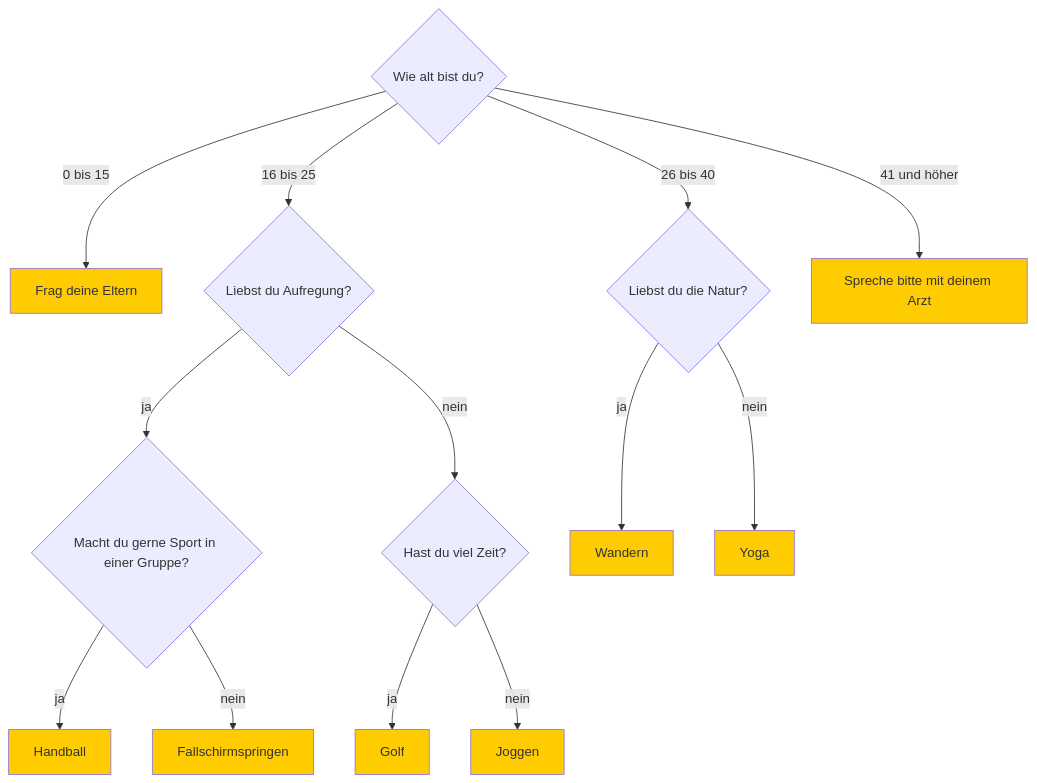
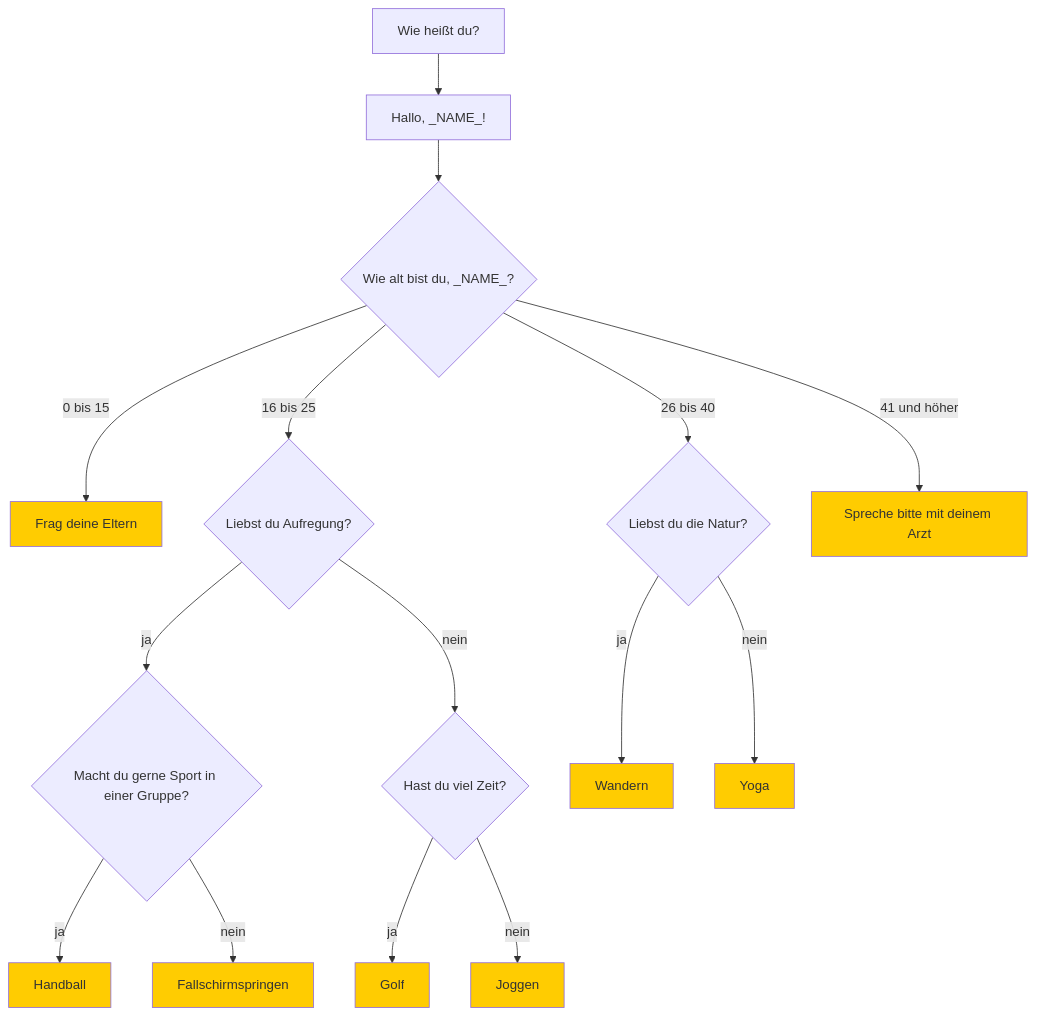
The diagram in submissions/bht_pr1_submission_02/README.md (JaL11/pr1), drawn with Mermaid before and after one commit. The commit also changed other lines of this file, not shown here.

Commit message:
corrected graph

````diff
--- a/submissions/bht_pr1_submission_02/README.md
+++ b/submissions/bht_pr1_submission_02/README.md
@@ -10,28 +10,30 @@
 ```mermaid
 flowchart TD
-    A{Wie alt bist du?} -- 0 bis 15 --> B[Frag deine Eltern]
+    Z0[Wie heißt du?] --> Z1[Hallo, _NAME_!] --> A{Wie alt bist du, _NAME_?}
+
+    A -- 0 bis 15 --> B[Frag deine Eltern]
     A -- 16 bis 25 --> C{Liebst du Aufregung?}
     A -- 26 bis 40 --> D{Liebst du die Natur?}
     A -- 41 und höher --> E[Spreche bitte mit deinem Arzt]
     
     C -- ja --> F{Macht du gerne Sport in einer Gruppe?}
     C -- nein --> G{Hast du viel Zeit?}
     
     D -- ja --> H[Wandern]
     D -- nein --> I[Yoga]
     
     F -- ja --> J[Handball]
     F -- nein --> K[Fallschirmspringen]
 
     G -- ja --> L[Golf]
     G -- nein --> M[Joggen]
     
     style B fill:#ffcc01
     style E fill:#ffcc01
     style H fill:#ffcc01
     style I fill:#ffcc01
     style J fill:#ffcc01    
     style K fill:#ffcc01        
     style L fill:#ffcc01  
-    style M fill:#ffcc01      
+    style M fill:#ffcc01    
 ```
````
